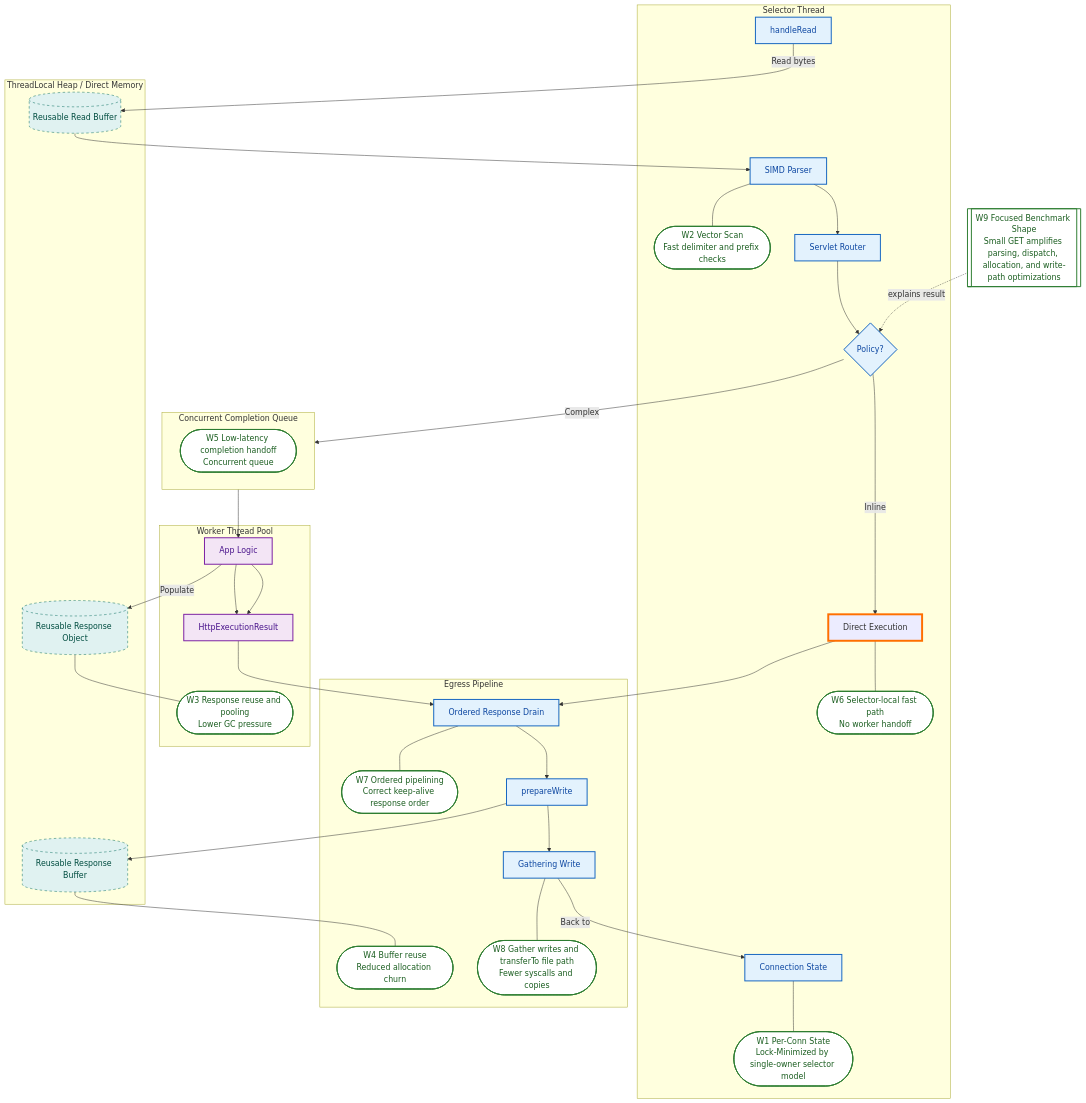
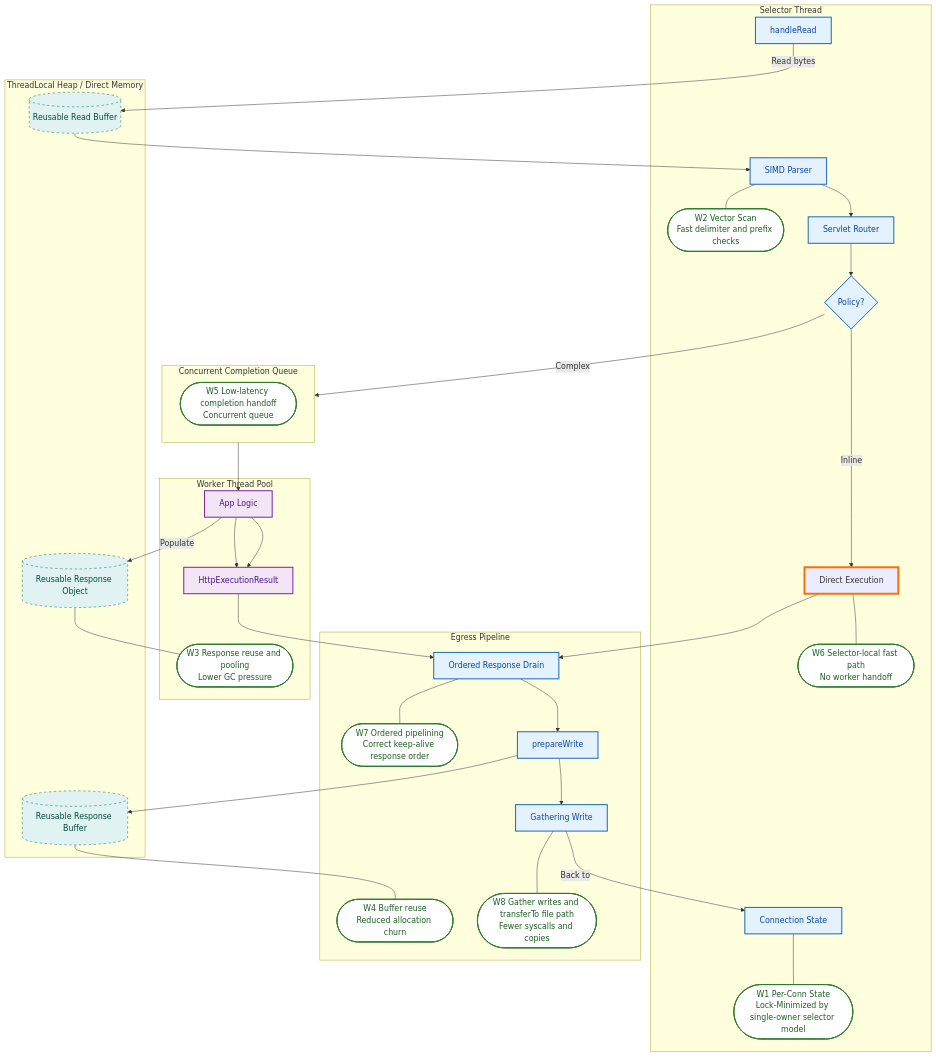
Before and after one commit to tanoaks14/fastJava: the diagram in README.md, drawn with Mermaid.

Commit message:
update mermaid

````diff
--- a/README.md
+++ b/README.md
@@ -56,72 +56,68 @@
 ```mermaid
 graph TD
     %% Global Styles
     classDef memory fill:#e0f2f1,stroke:#00695c,color:#004d40,stroke-dasharray: 5 5;
     classDef ioThread fill:#e3f2fd,stroke:#1565c0,stroke-width:2px,color:#0d47a1;
     classDef workerThread fill:#f3e5f5,stroke:#7b1fa2,stroke-width:2px,color:#4a148c;
     classDef logicPoint fill:#ffffff,stroke:#2e7d32,stroke-width:2px,color:#1b5e20;
     classDef fastPath stroke:#ff6f00,stroke-width:4px;
 
     %% 1. MEMORY MANAGEMENT (The 'Hidden' layer)
     subgraph RAM [ThreadLocal Heap / Direct Memory]
         M1[(Reusable Read Buffer)]:::memory
         M2[(Reusable Response Object)]:::memory
         M3[(Reusable Response Buffer)]:::memory
     end
 
     %% 2. SELECTOR LOOP
     subgraph IO [Selector Thread]
         C3[Connection State]:::ioThread --- W1([W1 Per-Conn State\nLock-Minimized by single-owner selector model]):::logicPoint
 
         C4[handleRead]:::ioThread -->|Read bytes| M1
 
         M1 --> C6[SIMD Parser]:::ioThread
         C6 --- W2([W2 Vector Scan\nFast delimiter and prefix checks]):::logicPoint
 
         C6 --> C7[Servlet Router]:::ioThread
 
         C7 --> C11{Policy?}:::ioThread
 
         C11 -->|Inline| C13[Direct Execution]:::fastPath
         C13 --- W6([W6 Selector-local fast path\nNo worker handoff]):::logicPoint
     end
 
     %% 3. THE WORKER BRIDGE
     subgraph Bridge [Concurrent Completion Queue]
         W5([W5 Low-latency completion handoff\nConcurrent queue]):::logicPoint
     end
 
     %% 4. WORKER POOL
     subgraph Worker [Worker Thread Pool]
         C12[App Logic]:::workerThread -->|Populate| M2
         M2 --- W3([W3 Response reuse and pooling\nLower GC pressure]):::logicPoint
 
         C12 --> C10[HttpExecutionResult]:::workerThread
     end
 
     %% 5. THE WRITE-BACK PIPELINE
     subgraph Egress [Egress Pipeline]
         C16[Ordered Response Drain]:::ioThread
         C16 --- W7([W7 Ordered pipelining\nCorrect keep-alive response order]):::logicPoint
 
         C17[prepareWrite]:::ioThread --> M3
         M3 --- W4([W4 Buffer reuse\nReduced allocation churn]):::logicPoint
 
         C19[Gathering Write]:::ioThread
         C19 --- W8([W8 Gather writes and transferTo file path\nFewer syscalls and copies]):::logicPoint
     end
 
     %% FLOW CONNECTIONS
     C11 -->|Complex| Bridge
     Bridge --> C12
     C12 --> C10
     C10 --> C16
     C13 --> C16
     C16 --> C17 --> C19
     C19 -->|Back to| C3
 
-    %% LOGIC SYNERGY
-    W9[[W9 Focused Benchmark Shape\nSmall GET amplifies parsing, dispatch, allocation, and write-path optimizations]]
-    class W9 logicPoint;
-    W9 -.explains result.-> C11
 ```
````
